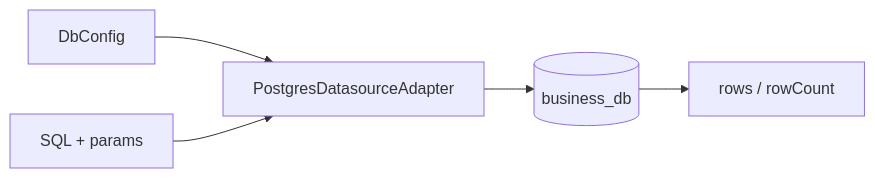
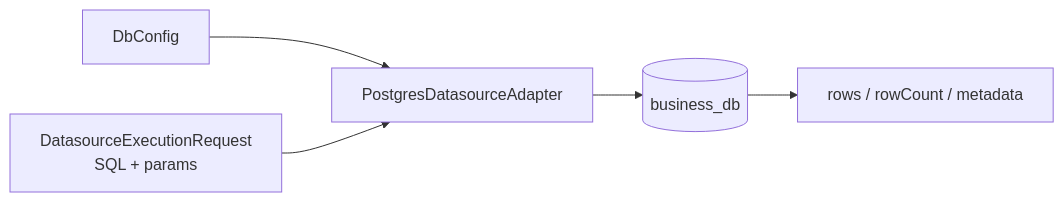
Before and after one commit to zhongmiao-org/meta-lc-platform: the diagram in packages/datasource/README.md, drawn with Mermaid. The commit also changed other lines of this file and 24 other files, not shown here.

Commit message:
feat(datasource): converge runtime datasource adapter (#111)

````diff
--- a/packages/datasource/README.md
+++ b/packages/datasource/README.md
@@ -24,7 +25,7 @@
 ```mermaid
 flowchart LR
   Config["DbConfig"] --> Adapter["PostgresDatasourceAdapter"]
-  Sql["SQL + params"] --> Adapter
+  Request["DatasourceExecutionRequest<br/>SQL + params"] --> Adapter
   Adapter --> BusinessDb[("business_db")]
-  BusinessDb --> Rows["rows / rowCount"]
+  BusinessDb --> Result["rows / rowCount / metadata"]
 ```
````
